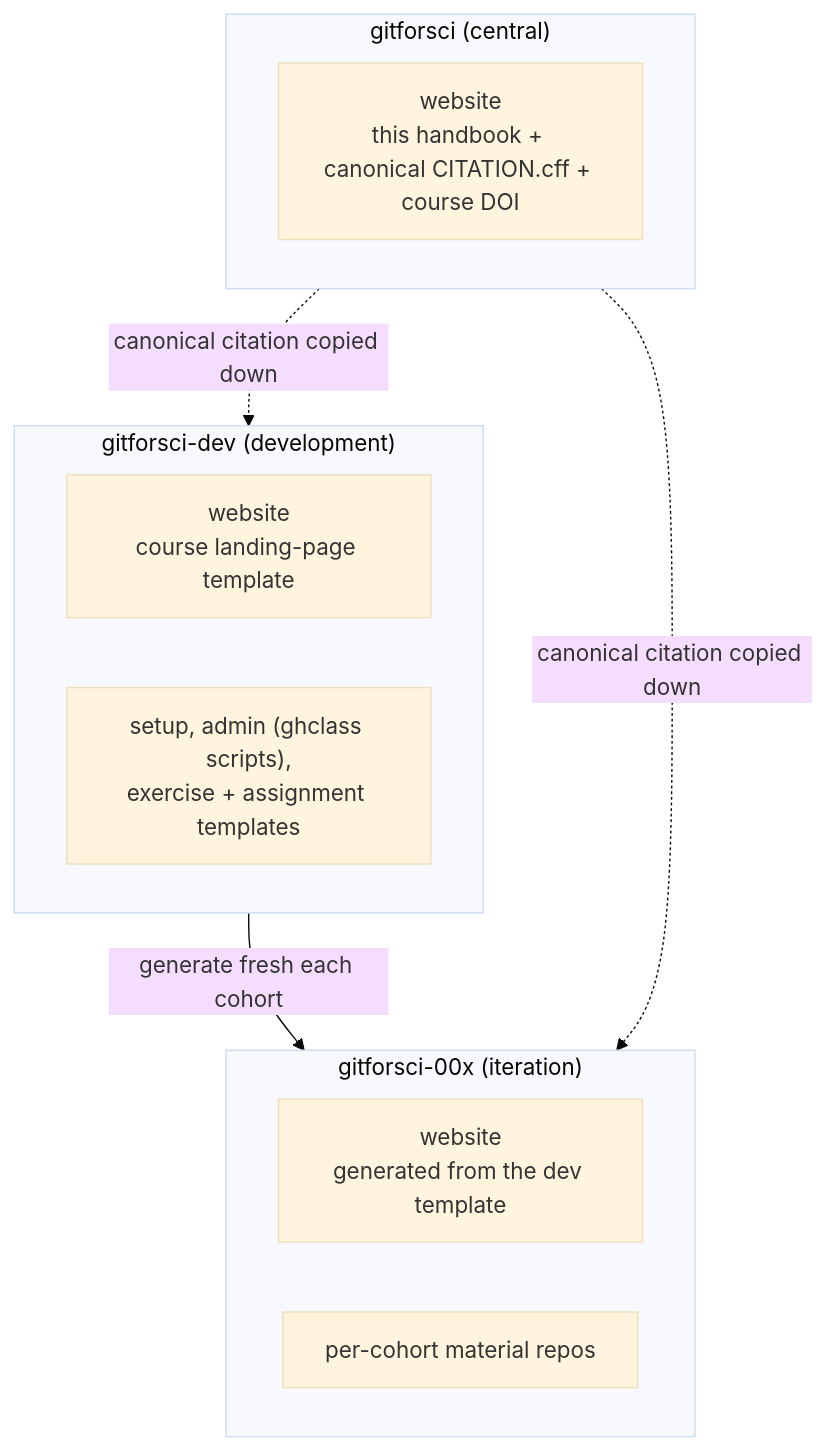
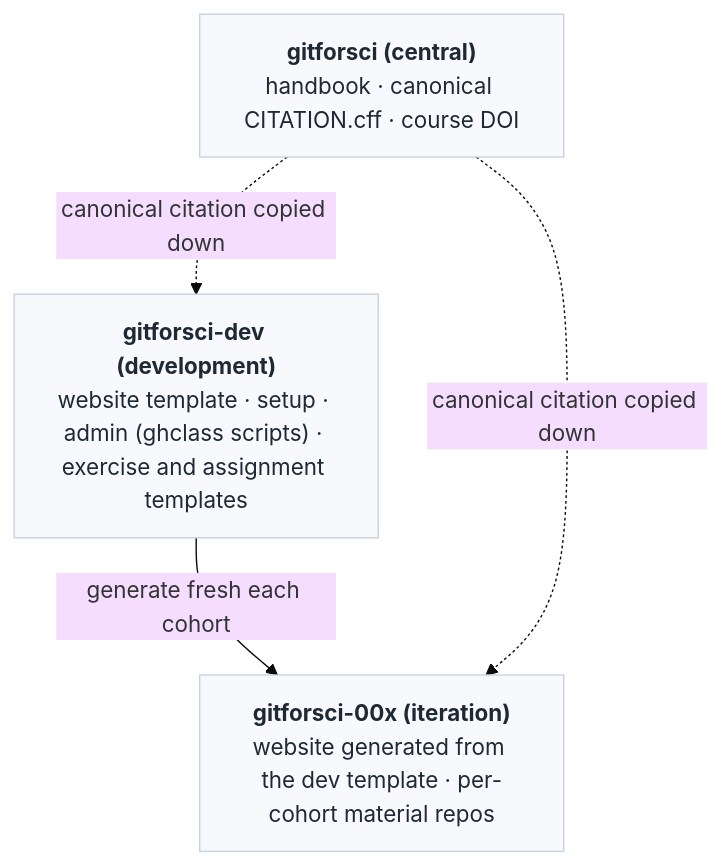
Before and after one commit to gitforsci/website: the diagram in ch-three-orgs.qmd, drawn with Mermaid (base theme). The commit also changed 9 other files, not shown here.

First line of the commit message:
docs(book): unify all mermaid diagrams on the overview style

````diff
--- a/ch-three-orgs.qmd
+++ b/ch-three-orgs.qmd
@@ -5,17 +5,12 @@
 ```{mermaid}
 flowchart TD
-    subgraph central["gitforsci (central)"]
-        CW["website<br/>this handbook + canonical CITATION.cff + course DOI"]
-    end
-    subgraph dev["gitforsci-dev (development)"]
-        DT["website<br/>course landing-page template"]
-        DM["setup, admin (ghclass scripts),<br/>exercise + assignment templates"]
-    end
-    subgraph iter["gitforsci-00x (iteration)"]
-        IW["website<br/>generated from the dev template"]
-        IM["per-cohort material repos"]
-    end
-    dev -->|"generate fresh each cohort"| iter
-    central -.->|"canonical citation copied down"| dev
-    central -.->|"canonical citation copied down"| iter
+    classDef layer fill:#f7f9fc,stroke:#c7d2e0,color:#1f2933;
+
+    C["<b>gitforsci (central)</b><br/>handbook · canonical CITATION.cff · course DOI"]:::layer
+    DEV["<b>gitforsci-dev (development)</b><br/>website template · setup · admin (ghclass scripts) · exercise and assignment templates"]:::layer
+    IT["<b>gitforsci-00x (iteration)</b><br/>website generated from the dev template · per-cohort material repos"]:::layer
+
+    DEV -->|"generate fresh each cohort"| IT
+    C -.->|"canonical citation copied down"| DEV
+    C -.->|"canonical citation copied down"| IT
 ```
````
